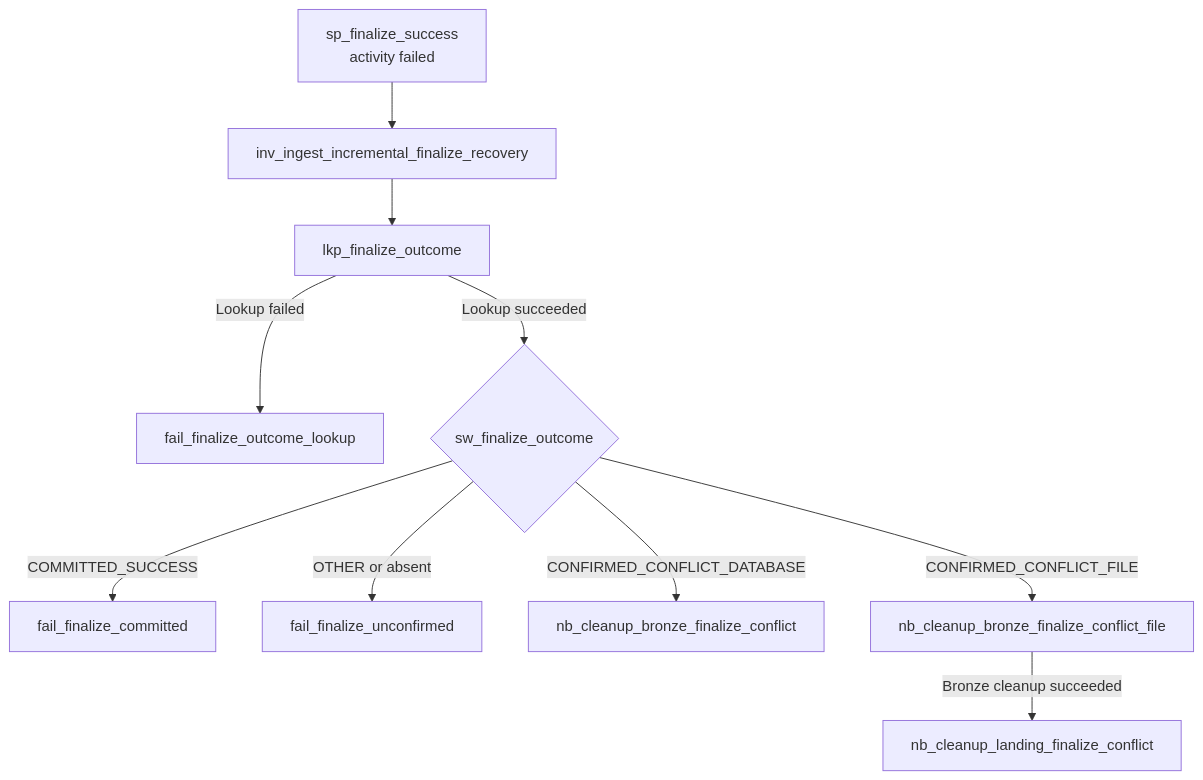
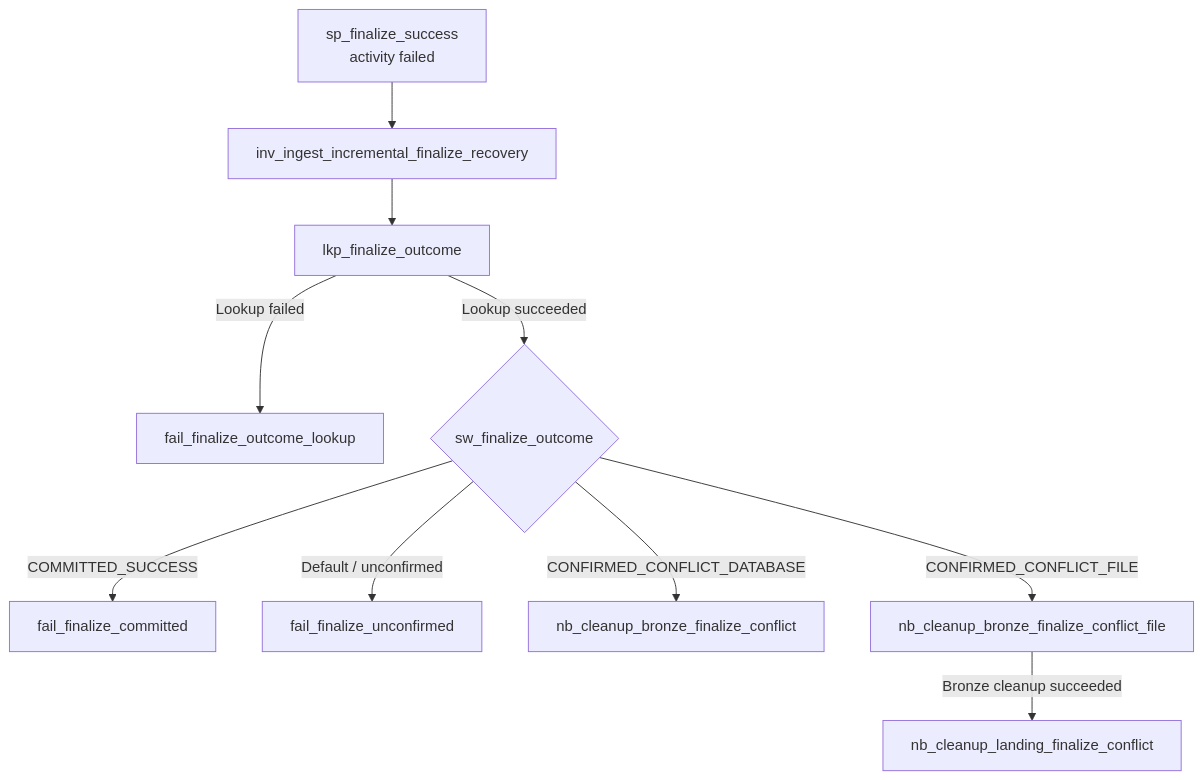
Before and after one commit to getnkit/fabric-metadata-driven-ingestion: the second of 2 diagrams in docs/operations/bronze-compensating-cleanup.md, drawn with Mermaid. The commit also changed 1 other file, not shown here.

Commit message:
docs: align Mermaid diagrams with implemented pipeline recovery and data paths
Review all 9 Mermaid flowcharts against tracked Fabric pipeline activity dependencies. Clarify SQL/SFTP FULL versus INCREMENTAL routing and correct incremental recovery trigger to a failed success-finalizer activity, rather than implying only a confirmed conflict. Synchronize physical ingestion path terminology with the final architecture SVG and clarify the recovery default outcome. Keep the already-accurate activity-level diagrams intentionally concise; no runtime, SVG or metadata contract changes.

````diff
--- a/docs/operations/bronze-compensating-cleanup.md
+++ b/docs/operations/bronze-compensating-cleanup.md
@@ -162,12 +162,12 @@
 ```mermaid
 flowchart TD
     A["sp_finalize_success<br/>activity failed"] --> B["inv_ingest_incremental_finalize_recovery"]
     B --> C["lkp_finalize_outcome"]
     C -->|Lookup failed| LF["fail_finalize_outcome_lookup"]
     C -->|Lookup succeeded| S{"sw_finalize_outcome"}
     S -->|COMMITTED_SUCCESS| OK["fail_finalize_committed"]
-    S -->|OTHER or absent| U["fail_finalize_unconfirmed"]
+    S -->|Default / unconfirmed| U["fail_finalize_unconfirmed"]
     S -->|CONFIRMED_CONFLICT_DATABASE| D["nb_cleanup_bronze_finalize_conflict"]
     S -->|CONFIRMED_CONFLICT_FILE| F["nb_cleanup_bronze_finalize_conflict_file"]
     F -->|Bronze cleanup succeeded| L["nb_cleanup_landing_finalize_conflict"]
 ```
````
